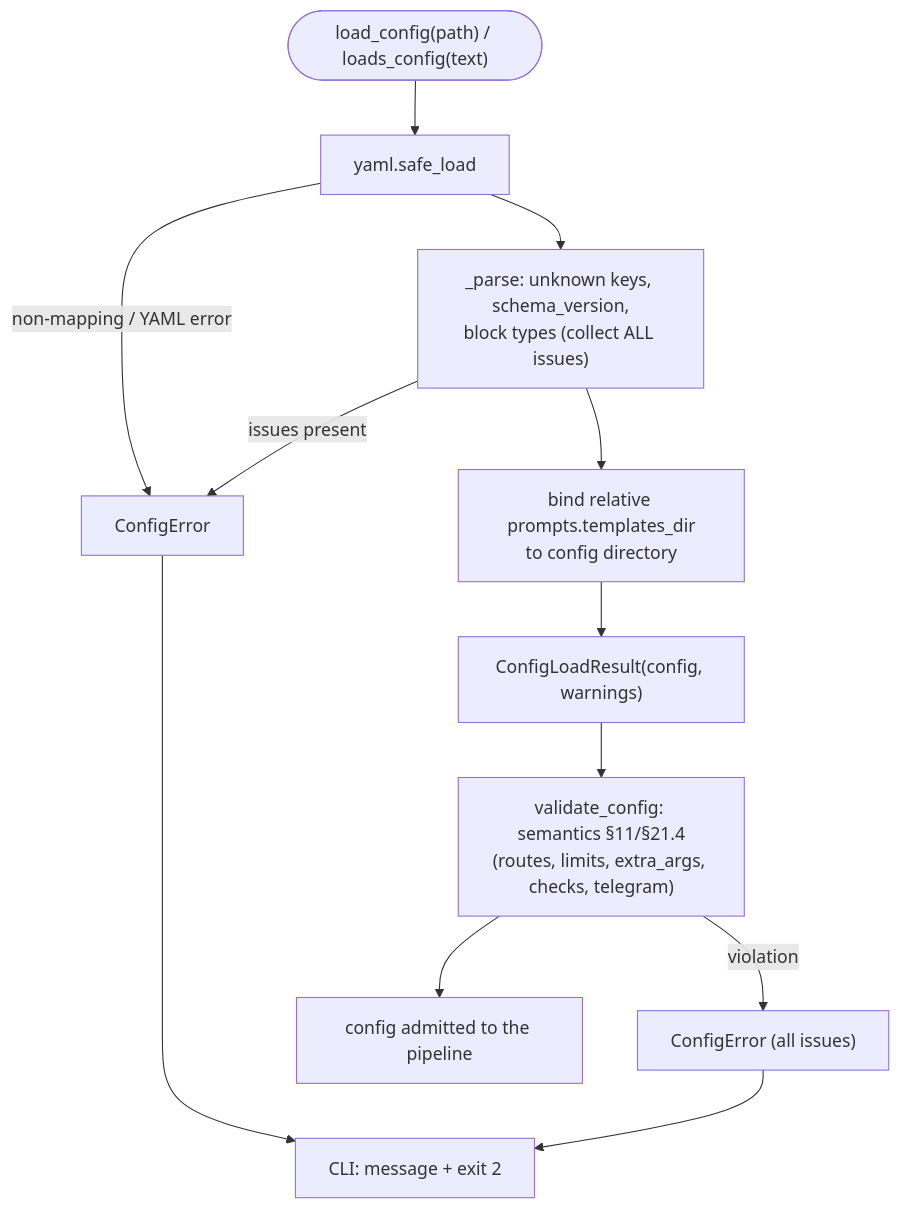
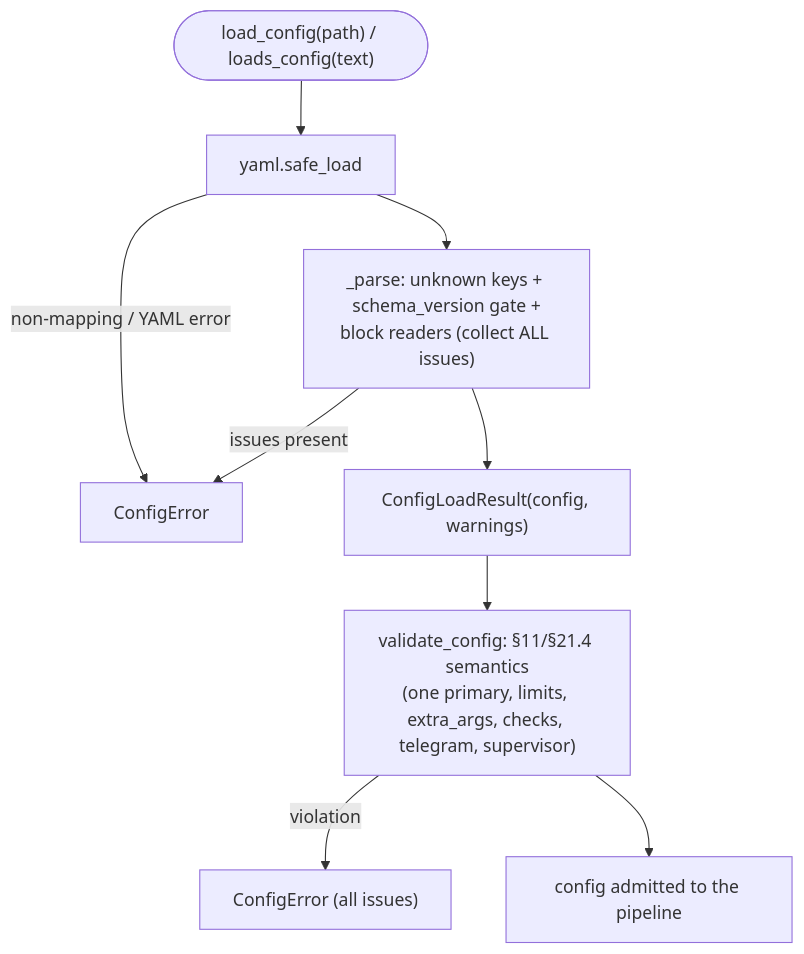
Before and after one commit to VladimirMakarevich/wastech-orchestrator: the diagram in docs/functional/blocks/B05-configuration.md, drawn with Mermaid. The commit also changed other lines of this file and 261 other files, not shown here.

First line of the commit message:
flow engine p1 (#8)

````diff
--- a/docs/functional/blocks/B05-configuration.md
+++ b/docs/functional/blocks/B05-configuration.md
@@ -51,14 +88,11 @@
 ```mermaid
 flowchart TB
-    start(["load_config(path) / loads_config(text)"]) --> y["yaml.safe_load"]
+    s(["load_config(path) / loads_config(text)"]) --> y["yaml.safe_load"]
     y -->|"non-mapping / YAML error"| e1["ConfigError"]
-    y --> parse["_parse: unknown keys, schema_version,<br/>block types (collect ALL issues)"]
-    parse -->|"issues present"| e1
-    parse --> bind["bind relative prompts.templates_dir<br/>to config directory"]
-    bind --> res["ConfigLoadResult(config, warnings)"]
-    res --> val["validate_config: semantics §11/§21.4<br/>(routes, limits, extra_args, checks, telegram)"]
-    val -->|violation| e2["ConfigError (all issues)"]
-    val --> ok["config admitted to the pipeline"]
-    e1 --> exit2["CLI: message + exit 2"]
-    e2 --> exit2
+    y --> p["_parse: unknown keys + schema_version gate +<br/>block readers (collect ALL issues)"]
+    p -->|"issues present"| e1
+    p --> res["ConfigLoadResult(config, warnings)"]
+    res --> v["validate_config: §11/§21.4 semantics<br/>(one primary, limits, extra_args, checks, telegram, supervisor)"]
+    v -->|"violation"| e2["ConfigError (all issues)"]
+    v --> ok["config admitted to the pipeline"]
 ```
````
